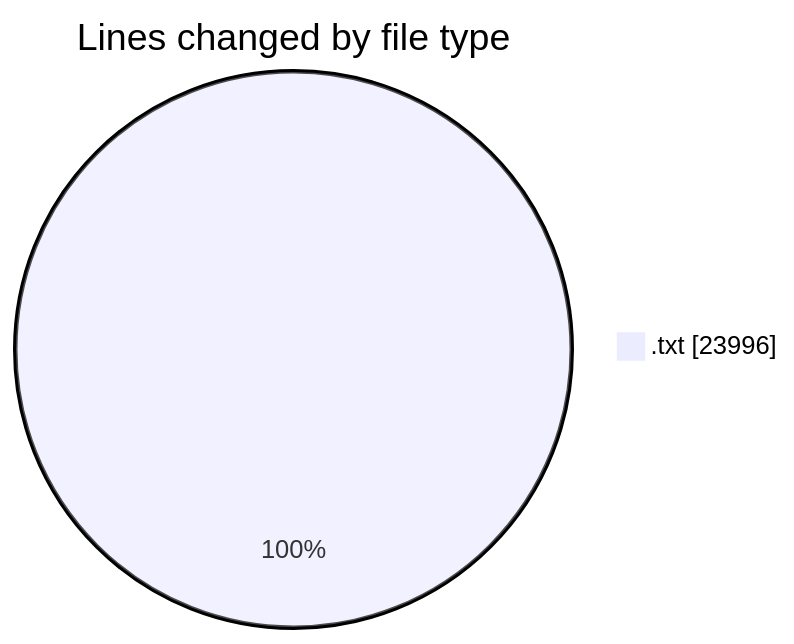
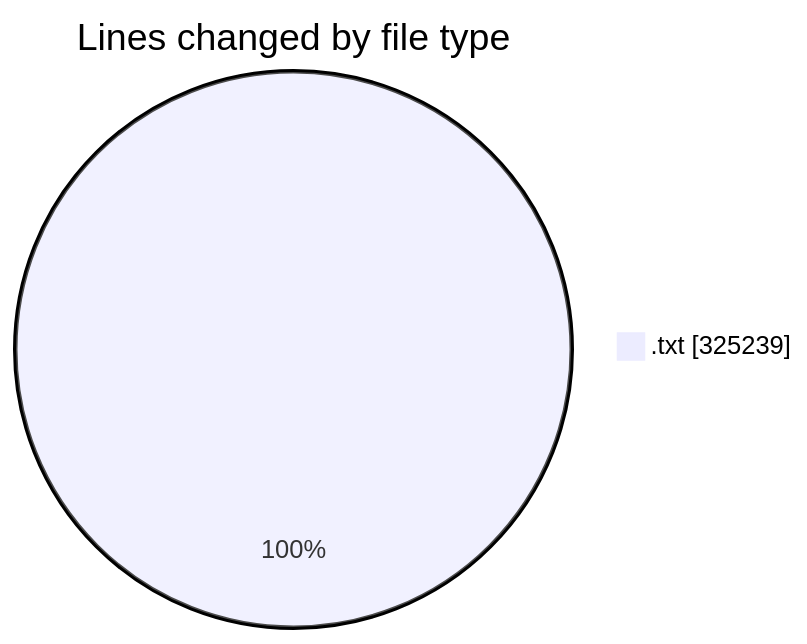
One commit to LanceThiago/code-tracking changed the first of 2 diagrams in 2025-08-21/maillog/README.md. Above: the diagram before and after it, drawn with Mermaid. The commit also changed other lines of this file and 1 other file, not shown here.

````diff
--- a/2025-08-21/maillog/README.md
+++ b/2025-08-21/maillog/README.md
@@ -22,5 +24,5 @@
 ```mermaid
 pie showData
 title Lines changed by file type
-".txt" : 23996
+".txt" : 325239
 ```
````
